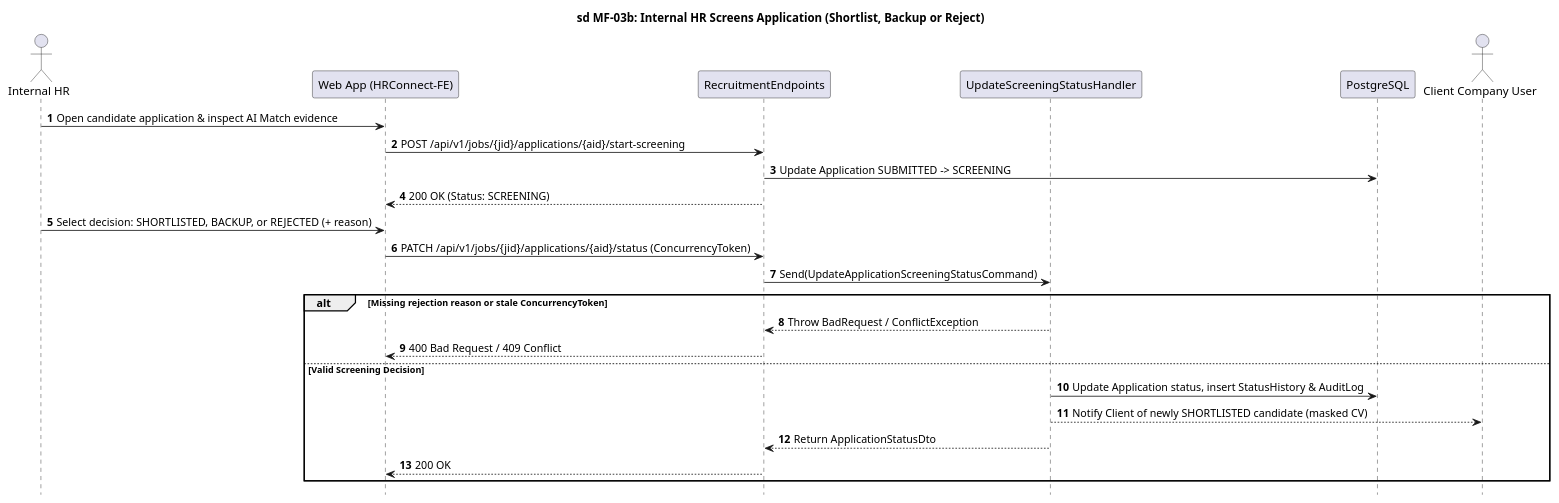
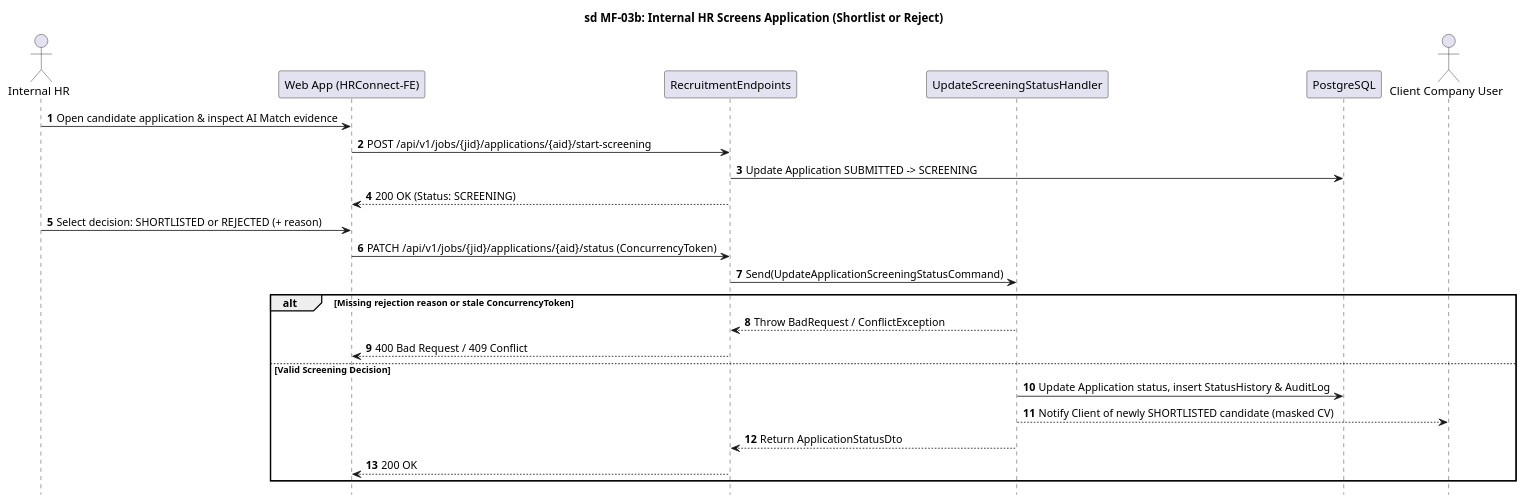
Before and after one commit to hoangqui794/hr-connect: the diagram in docs/diagrams/sequences/source/seq-mf03-hr-screening.puml, drawn with PlantUML. The commit also changed 40 other files, not shown here.

Commit message:
chore(mf02): update MF02 call flow specification and synchronize system state definitions

```diff
--- a/docs/diagrams/sequences/source/seq-mf03-hr-screening.puml
+++ b/docs/diagrams/sequences/source/seq-mf03-hr-screening.puml
@@ -1,27 +1,27 @@
 @startuml seq-mf03-hr-screening
-title sd MF-03b: Internal HR Screens Application (Shortlist, Backup or Reject)
+title sd MF-03b: Internal HR Screens Application (Shortlist or Reject)
 autonumber
 hide footbox
 actor "Internal HR" as HR
 participant "Web App (HRConnect-FE)" as FE
 participant "RecruitmentEndpoints" as API
 participant "UpdateScreeningStatusHandler" as H
 participant "PostgreSQL" as DB
 actor "Client Company User" as CL
 HR -> FE : Open candidate application & inspect AI Match evidence
 FE -> API : POST /api/v1/jobs/{jid}/applications/{aid}/start-screening
 API -> DB : Update Application SUBMITTED -> SCREENING
 API --> FE : 200 OK (Status: SCREENING)
-HR -> FE : Select decision: SHORTLISTED, BACKUP, or REJECTED (+ reason)
+HR -> FE : Select decision: SHORTLISTED or REJECTED (+ reason)
 FE -> API : PATCH /api/v1/jobs/{jid}/applications/{aid}/status (ConcurrencyToken)
 API -> H : Send(UpdateApplicationScreeningStatusCommand)
 alt Missing rejection reason or stale ConcurrencyToken
 H --> API : Throw BadRequest / ConflictException
 API --> FE : 400 Bad Request / 409 Conflict
 else Valid Screening Decision
 H -> DB : Update Application status, insert StatusHistory & AuditLog
 H --> CL : Notify Client of newly SHORTLISTED candidate (masked CV)
 H --> API : Return ApplicationStatusDto
 API --> FE : 200 OK
 end
 @enduml
```
